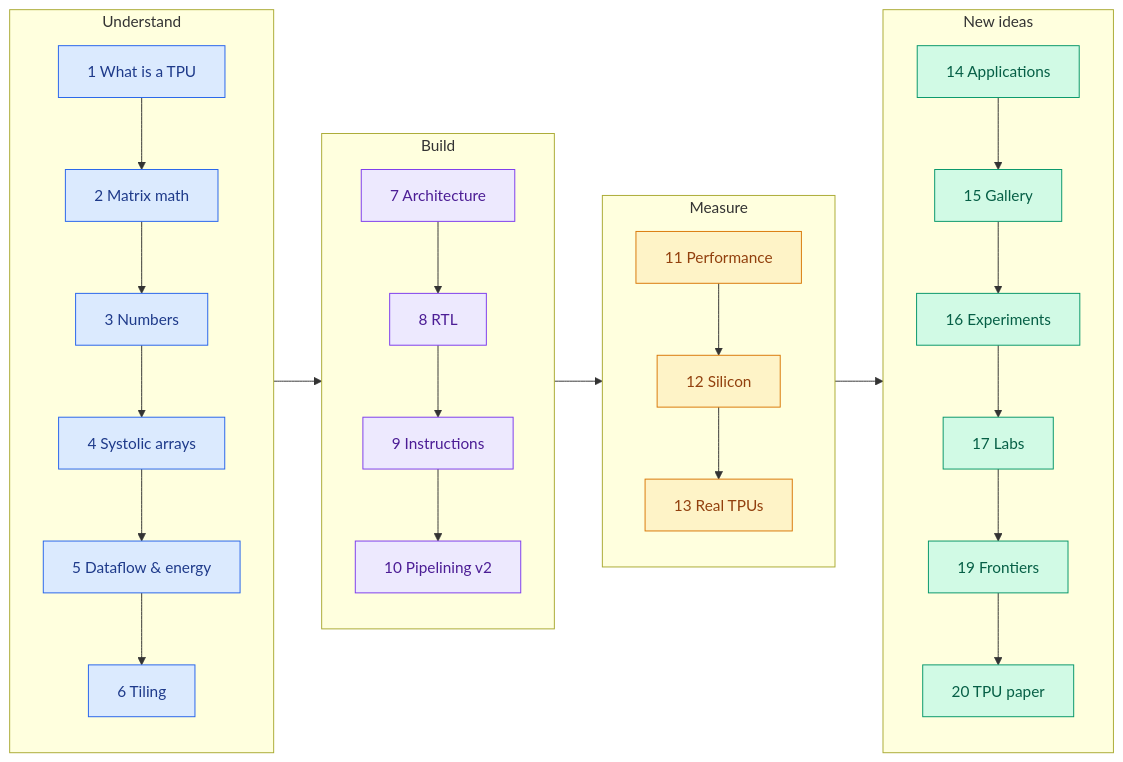
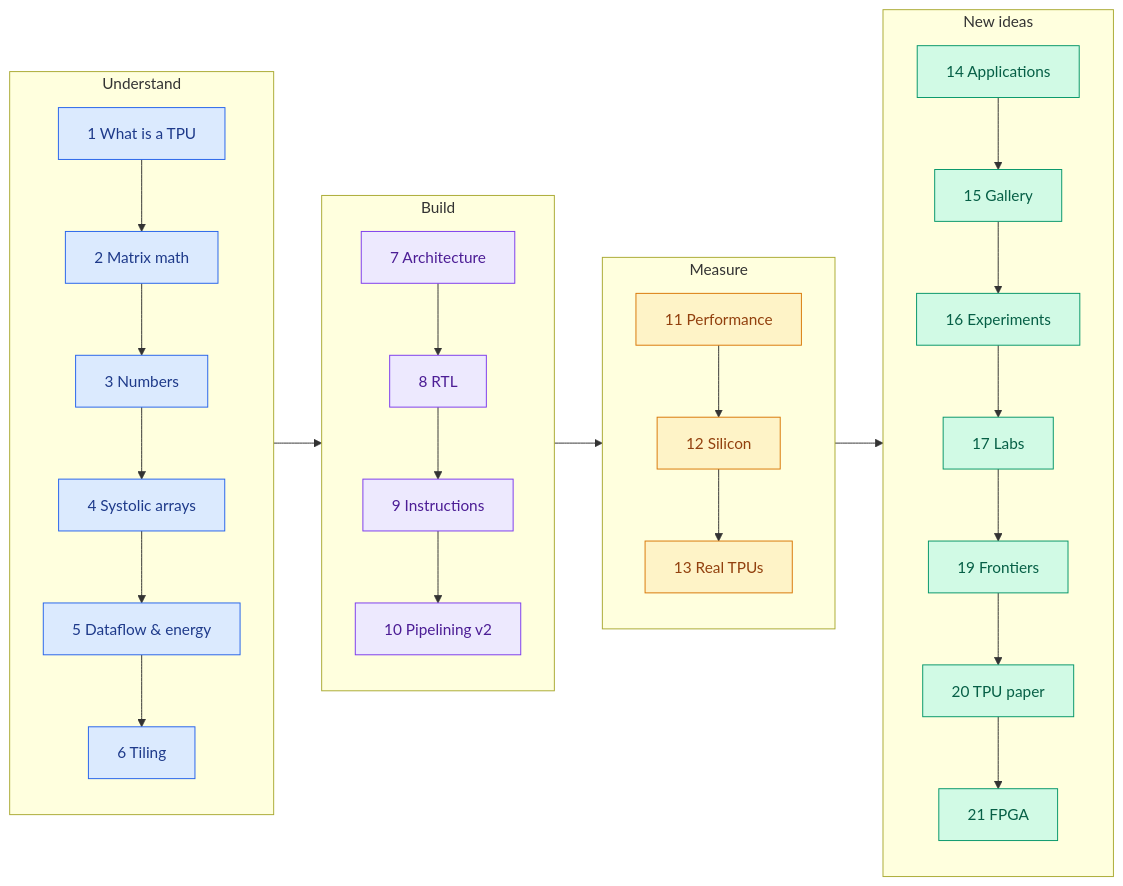
Before and after one commit to Normansrule/terrific-tpu: the first of 2 diagrams in README.md, drawn with Mermaid. The commit also changed other lines of this file and 22 other files, not shown here.

````diff
--- a/README.md
+++ b/README.md
@@ -83,24 +83,24 @@
 ```mermaid
 flowchart LR
     subgraph U["Understand"]
       A1["1 What is a TPU"] --> A2["2 Matrix math"] --> A3["3 Numbers"] --> A4["4 Systolic arrays"] --> A5["5 Dataflow & energy"] --> A6["6 Tiling"]
     end
     subgraph B["Build"]
       B7["7 Architecture"] --> B8["8 RTL"] --> B9["9 Instructions"] --> B10["10 Pipelining v2"]
     end
     subgraph M["Measure"]
       M11["11 Performance"] --> M12["12 Silicon"] --> M13["13 Real TPUs"]
     end
     subgraph N["New ideas"]
-      N14["14 Applications"] --> N15["15 Gallery"] --> N16["16 Experiments"] --> N17["17 Labs"] --> N19["19 Frontiers"] --> N20["20 TPU paper"]
+      N14["14 Applications"] --> N15["15 Gallery"] --> N16["16 Experiments"] --> N17["17 Labs"] --> N19["19 Frontiers"] --> N20["20 TPU paper"] --> N21["21 FPGA"]
     end
     U --> B --> M --> N
     classDef u fill:#DBEAFE,stroke:#2563EB,color:#1E3A8A
     classDef b fill:#EDE9FE,stroke:#7C3AED,color:#4C1D95
     classDef m fill:#FEF3C7,stroke:#D97706,color:#92400E
     classDef n fill:#D1FAE5,stroke:#059669,color:#065F46
     class A1,A2,A3,A4,A5,A6 u
     class B7,B8,B9,B10 b
     class M11,M12,M13 m
-    class N14,N15,N16,N17,N19,N20 n
+    class N14,N15,N16,N17,N19,N20,N21 n
 ```
````
